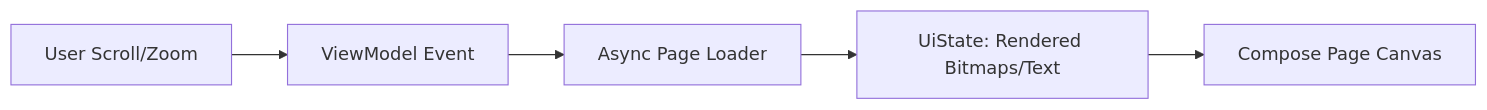
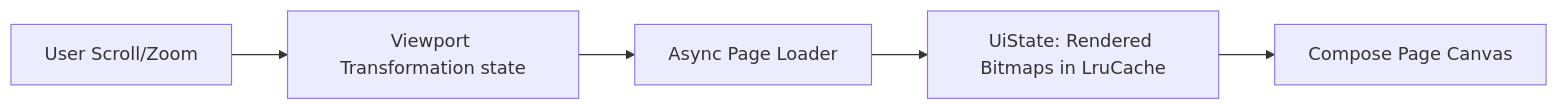
One commit to ayanpandit/Blink changed the fourth of 4 diagrams in docs/ARCHITECTURE.md. Above: the diagram before and after it, drawn with Mermaid. The commit also changed other lines of this file and 37 other files, not shown here.

````diff
--- a/docs/ARCHITECTURE.md
+++ b/docs/ARCHITECTURE.md
@@ -95,7 +108,7 @@
 ```mermaid
 graph LR
-    Intent[User Scroll/Zoom] --> Action[ViewModel Event]
+    Intent[User Scroll/Zoom] --> Action[Viewport Transformation state]
     Action --> Worker[Async Page Loader]
-    Worker --> State[UiState: Rendered Bitmaps/Text]
+    Worker --> State[UiState: Rendered Bitmaps in LruCache]
     State --> View[Compose Page Canvas]
 ```
````
